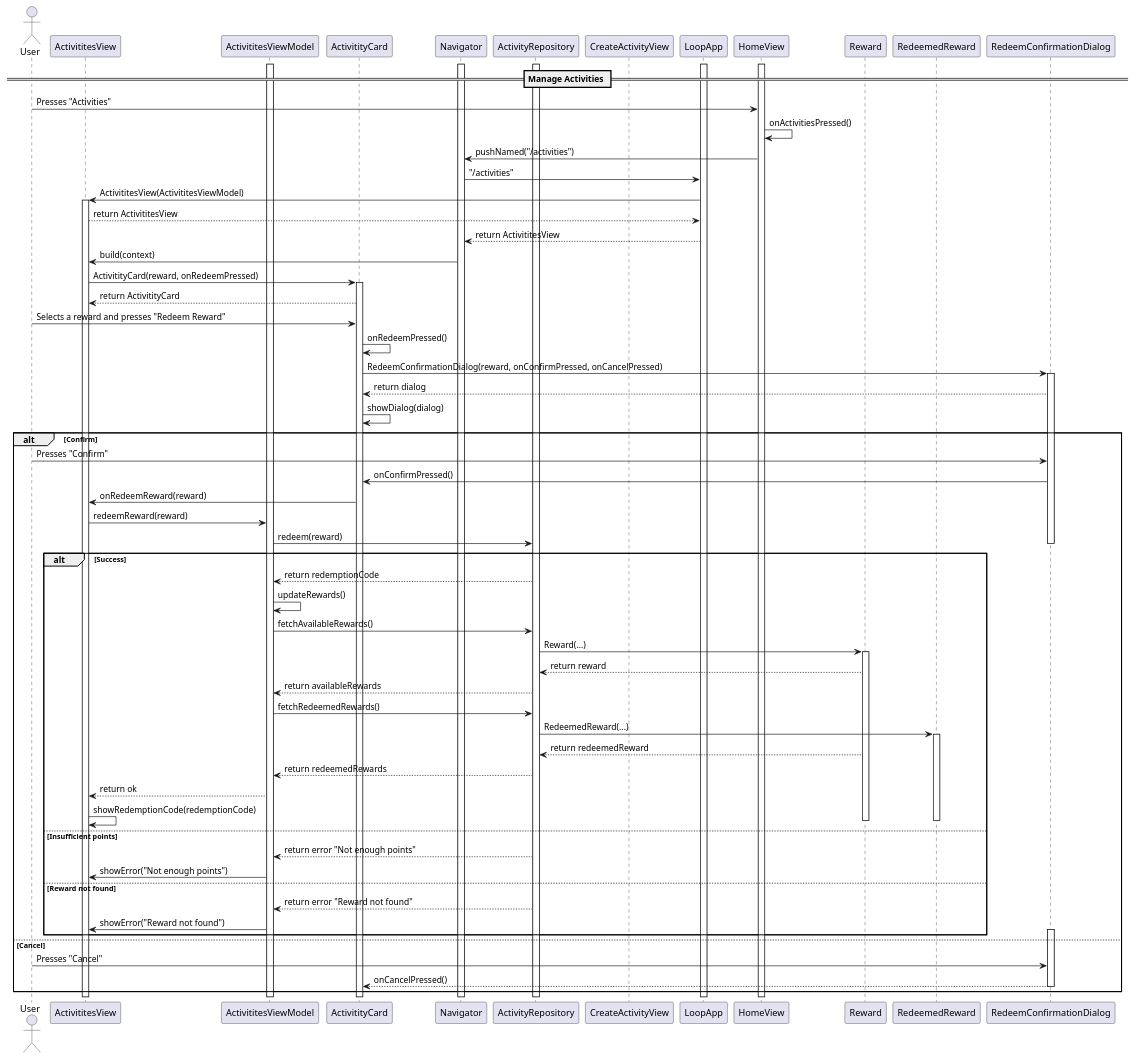
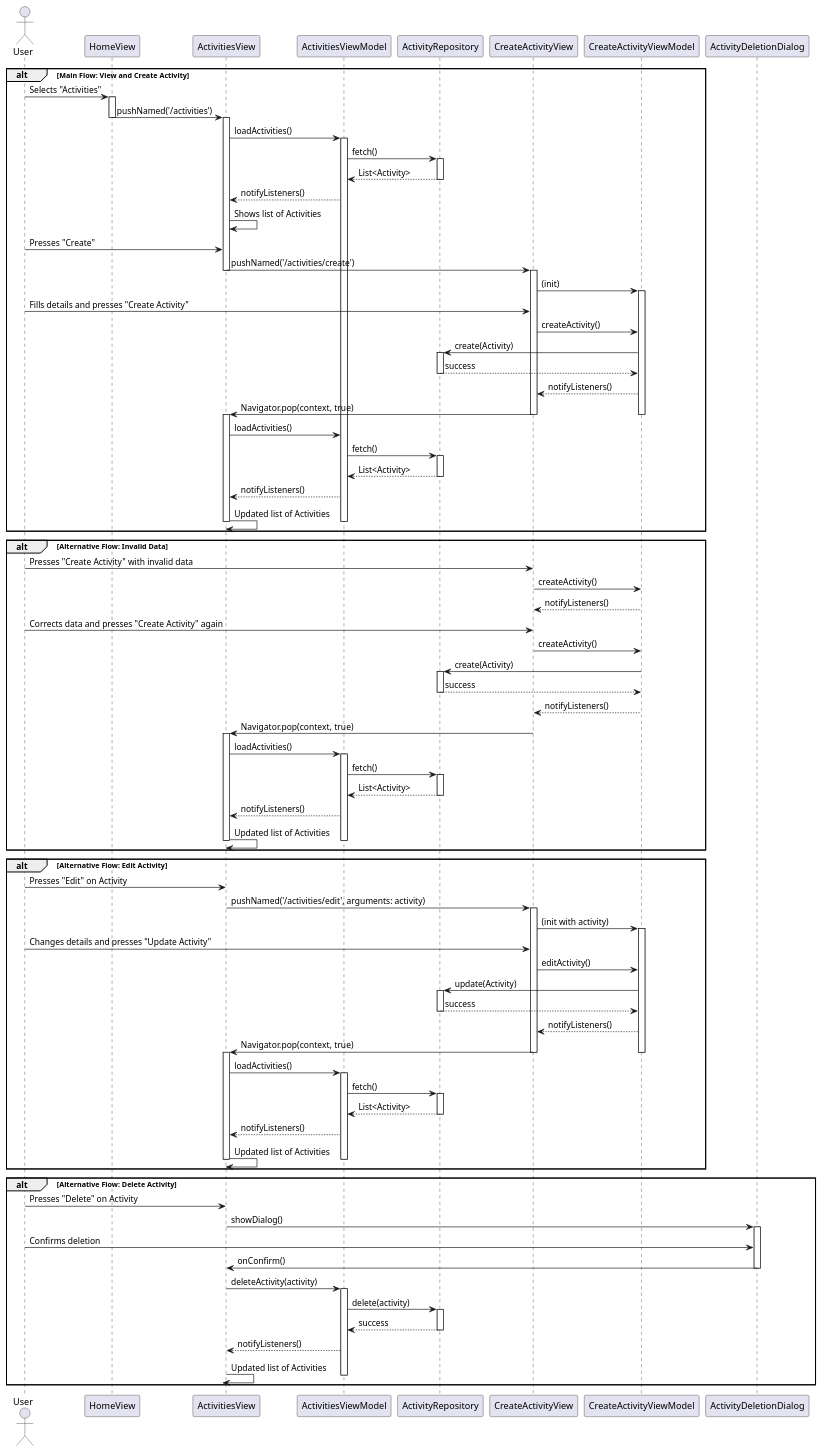
Before and after one commit to YannisRavasopoulos/ProjectSD_S6: the diagram in reports/sequence/manage-activities.plantuml, drawn with PlantUML.

Commit message:
Enhance activity management sequence diagram with improved flow and structure

```diff
--- a/reports/sequence/manage-activities.plantuml
+++ b/reports/sequence/manage-activities.plantuml
@@ -1,80 +1,140 @@
 @startuml
-
 actor User
-
-participant ActivititesView
-participant ActivititesViewModel
-participant ActivitityCard
-participant Navigator
+participant HomeView
+participant ActivitiesView
+participant ActivitiesViewModel
 participant ActivityRepository
 participant CreateActivityView
-participant LoopApp
-participant HomeView
-participant Reward
-participant RedeemedReward
+participant CreateActivityViewModel
 
-activate Navigator
-activate ActivititesViewModel
-activate ActivityRepository
-activate HomeView
-activate LoopApp
+alt Main Flow: View and Create Activity
+    User -> HomeView: Selects "Activities"
+    activate HomeView
+    HomeView -> ActivitiesView: pushNamed('/activities')
+    deactivate HomeView
 
-== Manage Activities ==
-User -> HomeView: Presses "Activities"
-HomeView -> HomeView: onActivitiesPressed()
-HomeView -> Navigator: pushNamed("/activities")
-Navigator -> LoopApp: "/activities"
-LoopApp -> ActivititesView: ActivititesView(ActivititesViewModel)
-activate ActivititesView
-ActivititesView --> LoopApp: return ActivititesView
-LoopApp --> Navigator: return ActivititesView
-Navigator -> ActivititesView: build(context)
-' TODO: fetch rewards
-ActivititesView -> ActivitityCard: ActivitityCard(reward, onRedeemPressed)
-activate ActivitityCard
-ActivitityCard --> ActivititesView: return ActivitityCard
-User -> ActivitityCard: Selects a reward and presses "Redeem Reward"
-ActivitityCard -> ActivitityCard: onRedeemPressed()
-ActivitityCard -> RedeemConfirmationDialog: RedeemConfirmationDialog(reward, onConfirmPressed, onCancelPressed)
-activate RedeemConfirmationDialog
-RedeemConfirmationDialog --> ActivitityCard: return dialog
-ActivitityCard -> ActivitityCard: showDialog(dialog)
-alt Confirm
-User -> RedeemConfirmationDialog: Presses "Confirm"
-RedeemConfirmationDialog -> ActivitityCard: onConfirmPressed()
-ActivitityCard -> ActivititesView: onRedeemReward(reward)
-ActivititesView -> ActivititesViewModel: redeemReward(reward)
-ActivititesViewModel -> ActivityRepository: redeem(reward)
-alt Success
-deactivate RedeemConfirmationDialog
-    ActivityRepository --> ActivititesViewModel: return redemptionCode
-    ActivititesViewModel -> ActivititesViewModel: updateRewards()
-    ActivititesViewModel -> ActivityRepository: fetchAvailableRewards()
-    ActivityRepository -> Reward: Reward(...)
-    activate Reward
-    Reward --> ActivityRepository: return reward
-    ActivityRepository --> ActivititesViewModel: return availableRewards
-    ActivititesViewModel -> ActivityRepository: fetchRedeemedRewards()
-    ActivityRepository -> RedeemedReward: RedeemedReward(...)
-    activate RedeemedReward
-    Reward --> ActivityRepository: return redeemedReward
-    ActivityRepository --> ActivititesViewModel: return redeemedRewards
-    ActivititesViewModel --> ActivititesView: return ok
-    ActivititesView -> ActivititesView: showRedemptionCode(redemptionCode)
-    deactivate RedeemedReward
-    deactivate Reward
-else Insufficient points
-    ActivityRepository --> ActivititesViewModel: return error "Not enough points"
-    ActivititesViewModel -> ActivititesView: showError("Not enough points")
-else Reward not found
-    ActivityRepository --> ActivititesViewModel: return error "Reward not found"
-    ActivititesViewModel -> ActivititesView: showError("Reward not found")
-activate RedeemConfirmationDialog
-end
-else Cancel
-User -> RedeemConfirmationDialog: Presses "Cancel"
-RedeemConfirmationDialog --> ActivitityCard: onCancelPressed()
-deactivate RedeemConfirmationDialog
-end
+    activate ActivitiesView
+    ActivitiesView -> ActivitiesViewModel: loadActivities()
+    activate ActivitiesViewModel
+    ActivitiesViewModel -> ActivityRepository: fetch()
+    activate ActivityRepository
+    ActivityRepository --> ActivitiesViewModel: List<Activity>
+    deactivate ActivityRepository
+    ActivitiesViewModel --> ActivitiesView: notifyListeners()
+    ActivitiesView -> ActivitiesView: Shows list of Activities
 
+    User -> ActivitiesView: Presses "Create"
+    ActivitiesView -> CreateActivityView: pushNamed('/activities/create')
+    deactivate ActivitiesView
+
+    activate CreateActivityView
+    CreateActivityView -> CreateActivityViewModel: (init)
+    activate CreateActivityViewModel
+
+    User -> CreateActivityView: Fills details and presses "Create Activity"
+    CreateActivityView -> CreateActivityViewModel: createActivity()
+    CreateActivityViewModel -> ActivityRepository: create(Activity)
+    activate ActivityRepository
+    ActivityRepository --> CreateActivityViewModel: success
+    deactivate ActivityRepository
+    CreateActivityViewModel --> CreateActivityView: notifyListeners()
+    CreateActivityView -> ActivitiesView: Navigator.pop(context, true)
+    deactivate CreateActivityViewModel
+    deactivate CreateActivityView
+
+    activate ActivitiesView
+    ActivitiesView -> ActivitiesViewModel: loadActivities()
+    ActivitiesViewModel -> ActivityRepository: fetch()
+    activate ActivityRepository
+    ActivityRepository --> ActivitiesViewModel: List<Activity>
+    deactivate ActivityRepository
+    ActivitiesViewModel --> ActivitiesView: notifyListeners()
+    ActivitiesView -> ActivitiesView: Updated list of Activities
+    deactivate ActivitiesViewModel
+    deactivate ActivitiesView
+end alt
+
+alt Alternative Flow: Invalid Data
+    activate CreateActivityView
+    activate CreateActivityViewModel
+    User -> CreateActivityView: Presses "Create Activity" with invalid data
+    CreateActivityView -> CreateActivityViewModel: createActivity()
+    CreateActivityViewModel --> CreateActivityView: notifyListeners()
+    User -> CreateActivityView: Corrects data and presses "Create Activity" again
+    CreateActivityView -> CreateActivityViewModel: createActivity()
+    CreateActivityViewModel -> ActivityRepository: create(Activity)
+    activate ActivityRepository
+    ActivityRepository --> CreateActivityViewModel: success
+    deactivate ActivityRepository
+    CreateActivityViewModel --> CreateActivityView: notifyListeners()
+    CreateActivityView -> ActivitiesView: Navigator.pop(context, true)
+    deactivate CreateActivityViewModel
+    deactivate CreateActivityView
+
+    activate ActivitiesView
+    ActivitiesView -> ActivitiesViewModel: loadActivities()
+    activate ActivitiesViewModel
+    ActivitiesViewModel -> ActivityRepository: fetch()
+    activate ActivityRepository
+    ActivityRepository --> ActivitiesViewModel: List<Activity>
+    deactivate ActivityRepository
+    ActivitiesViewModel --> ActivitiesView: notifyListeners()
+    ActivitiesView -> ActivitiesView: Updated list of Activities
+    deactivate ActivitiesViewModel
+    deactivate ActivitiesView
+end alt
+
+alt Alternative Flow: Edit Activity
+    activate ActivitiesView
+    User -> ActivitiesView: Presses "Edit" on Activity
+    ActivitiesView -> CreateActivityView: pushNamed('/activities/edit', arguments: activity)
+    deactivate ActivitiesView
+
+    activate CreateActivityView
+    CreateActivityView -> CreateActivityViewModel: (init with activity)
+    activate CreateActivityViewModel
+
+    User -> CreateActivityView: Changes details and presses "Update Activity"
+    CreateActivityView -> CreateActivityViewModel: editActivity()
+    CreateActivityViewModel -> ActivityRepository: update(Activity)
+    activate ActivityRepository
+    ActivityRepository --> CreateActivityViewModel: success
+    deactivate ActivityRepository
+    CreateActivityViewModel --> CreateActivityView: notifyListeners()
+    CreateActivityView -> ActivitiesView: Navigator.pop(context, true)
+    deactivate CreateActivityViewModel
+    deactivate CreateActivityView
+
+    activate ActivitiesView
+    ActivitiesView -> ActivitiesViewModel: loadActivities()
+    activate ActivitiesViewModel
+    ActivitiesViewModel -> ActivityRepository: fetch()
+    activate ActivityRepository
+    ActivityRepository --> ActivitiesViewModel: List<Activity>
+    deactivate ActivityRepository
+    ActivitiesViewModel --> ActivitiesView: notifyListeners()
+    ActivitiesView -> ActivitiesView: Updated list of Activities
+    deactivate ActivitiesViewModel
+    deactivate ActivitiesView
+end alt
+
+alt Alternative Flow: Delete Activity
+    activate ActivitiesView
+    User -> ActivitiesView: Presses "Delete" on Activity
+    ActivitiesView -> ActivityDeletionDialog: showDialog()
+    activate ActivityDeletionDialog
+    User -> ActivityDeletionDialog: Confirms deletion
+    ActivityDeletionDialog -> ActivitiesView: onConfirm()
+    deactivate ActivityDeletionDialog
+    ActivitiesView -> ActivitiesViewModel: deleteActivity(activity)
+    activate ActivitiesViewModel
+    ActivitiesViewModel -> ActivityRepository: delete(activity)
+    activate ActivityRepository
+    ActivityRepository --> ActivitiesViewModel: success
+    deactivate ActivityRepository
+    ActivitiesViewModel --> ActivitiesView: notifyListeners()
+    ActivitiesView -> ActivitiesView: Updated list of Activities
+    deactivate ActivitiesViewModel
+    deactivate ActivitiesView
+end alt
 @enduml
```
